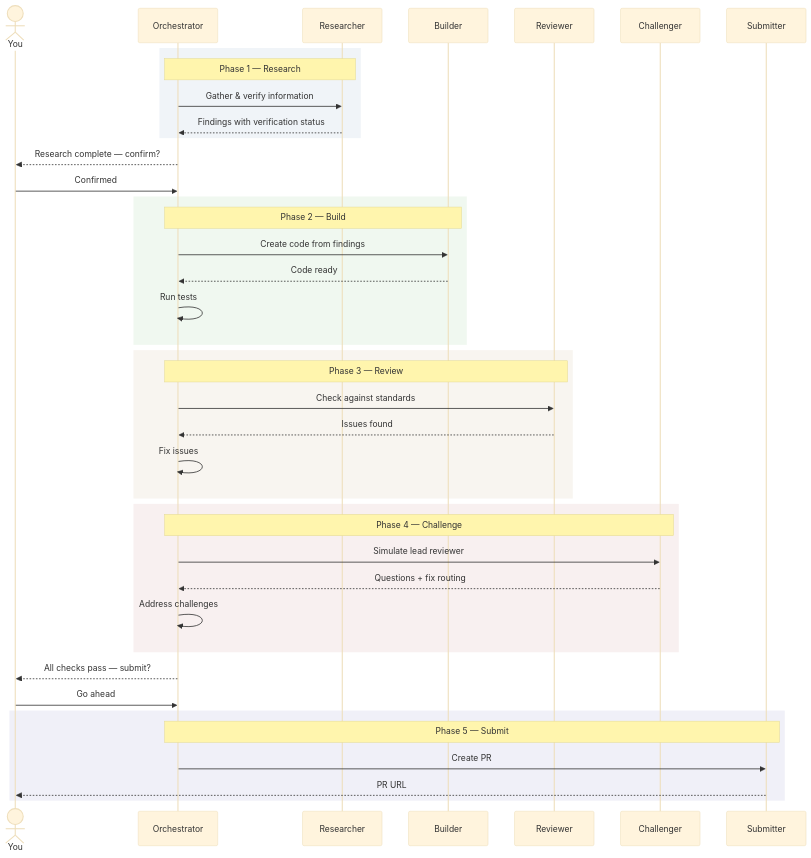
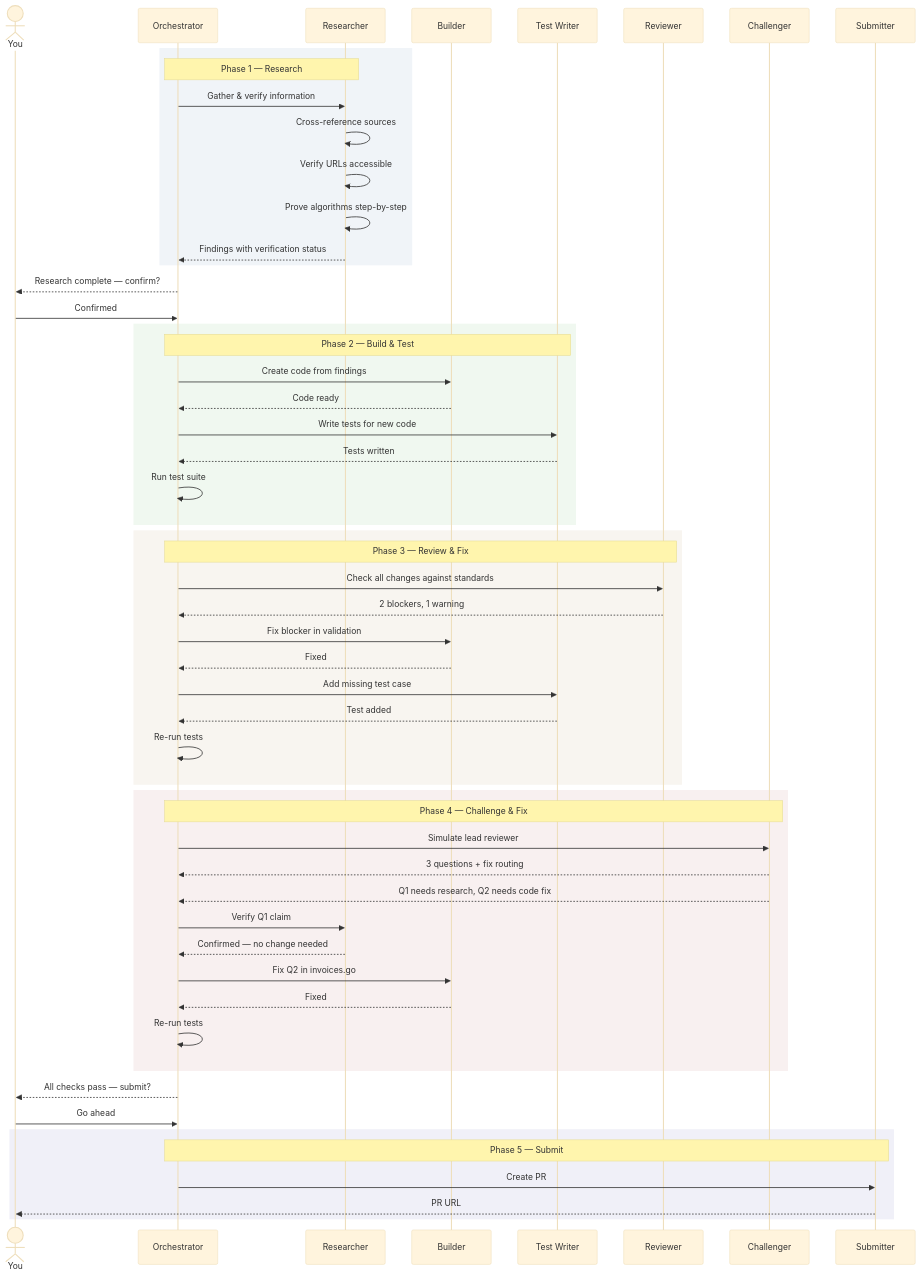
One commit to Shaylyntriggerhappy850/claude-army changed the third of 3 diagrams in README.md. Above: the diagram before and after it, drawn with Mermaid (base theme).

Commit message:
Richer pipeline diagram showing agent-to-agent communication

````diff
--- a/README.md
+++ b/README.md
@@ -177,49 +177,64 @@
 ```mermaid
 sequenceDiagram
     actor You
     participant O as Orchestrator
     participant R as Researcher
     participant B as Builder
+    participant T as Test Writer
     participant V as Reviewer
     participant C as Challenger
     participant S as Submitter
 
     rect rgb(240, 244, 248)
         Note over O,R: Phase 1 — Research
         O->>R: Gather & verify information
+        R->>R: Cross-reference sources
+        R->>R: Verify URLs accessible
+        R->>R: Prove algorithms step-by-step
         R-->>O: Findings with verification status
     end
 
     O-->>You: Research complete — confirm?
     You->>O: Confirmed
 
     rect rgb(240, 248, 240)
-        Note over O,B: Phase 2 — Build
+        Note over O,T: Phase 2 — Build & Test
         O->>B: Create code from findings
         B-->>O: Code ready
-        O->>O: Run tests
+        O->>T: Write tests for new code
+        T-->>O: Tests written
+        O->>O: Run test suite
     end
 
     rect rgb(248, 245, 240)
-        Note over O,V: Phase 3 — Review
-        O->>V: Check against standards
-        V-->>O: Issues found
-        O->>O: Fix issues
+        Note over O,V: Phase 3 — Review & Fix
+        O->>V: Check all changes against standards
+        V-->>O: 2 blockers, 1 warning
+        O->>B: Fix blocker in validation
+        B-->>O: Fixed
+        O->>T: Add missing test case
+        T-->>O: Test added
+        O->>O: Re-run tests
     end
 
     rect rgb(248, 240, 240)
-        Note over O,C: Phase 4 — Challenge
+        Note over O,C: Phase 4 — Challenge & Fix
         O->>C: Simulate lead reviewer
-        C-->>O: Questions + fix routing
-        O->>O: Address challenges
+        C-->>O: 3 questions + fix routing
+        C-->>O: Q1 needs research, Q2 needs code fix
+        O->>R: Verify Q1 claim
+        R-->>O: Confirmed — no change needed
+        O->>B: Fix Q2 in invoices.go
+        B-->>O: Fixed
+        O->>O: Re-run tests
     end
 
     O-->>You: All checks pass — submit?
     You->>O: Go ahead
 
     rect rgb(240, 240, 248)
         Note over O,S: Phase 5 — Submit
         O->>S: Create PR
         S-->>You: PR URL
     end
 ```
````
